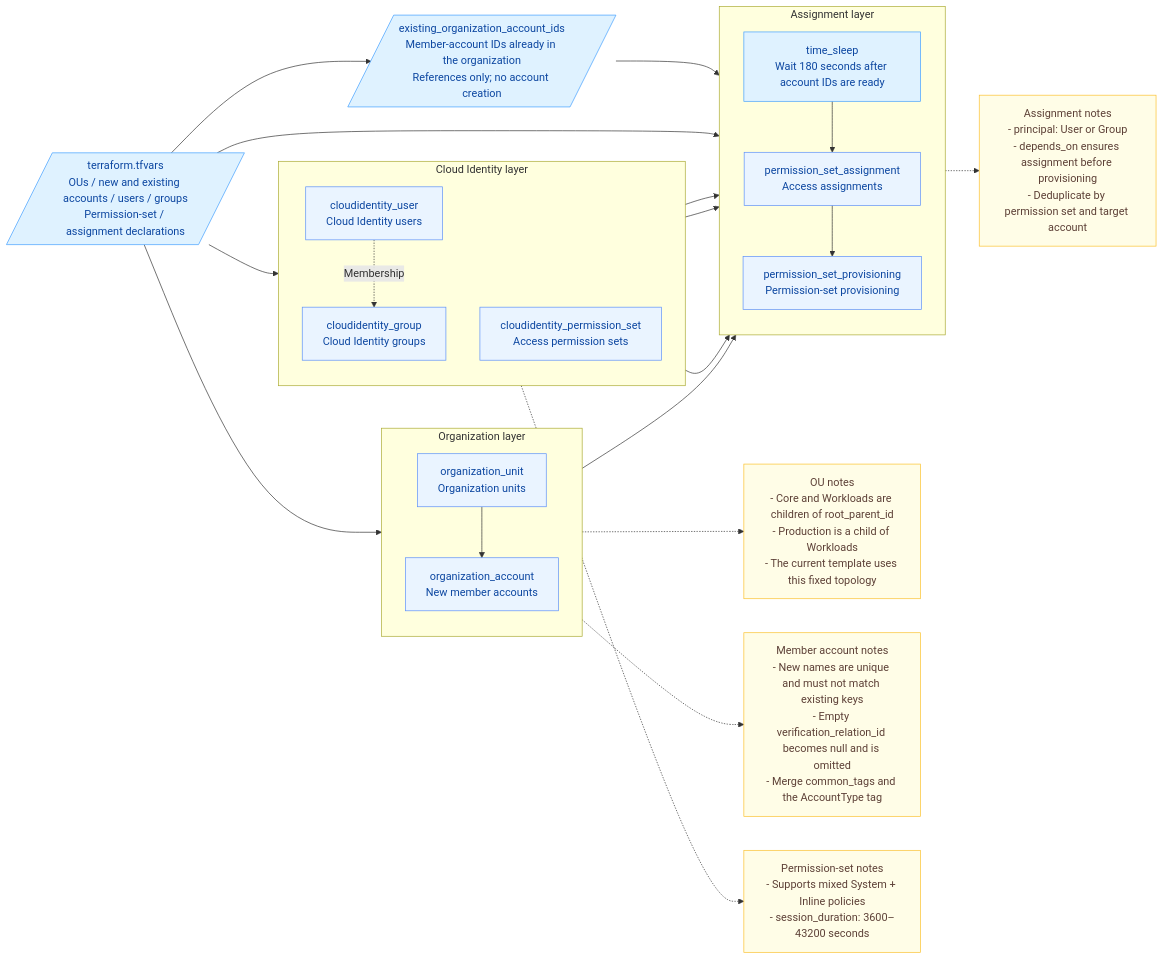
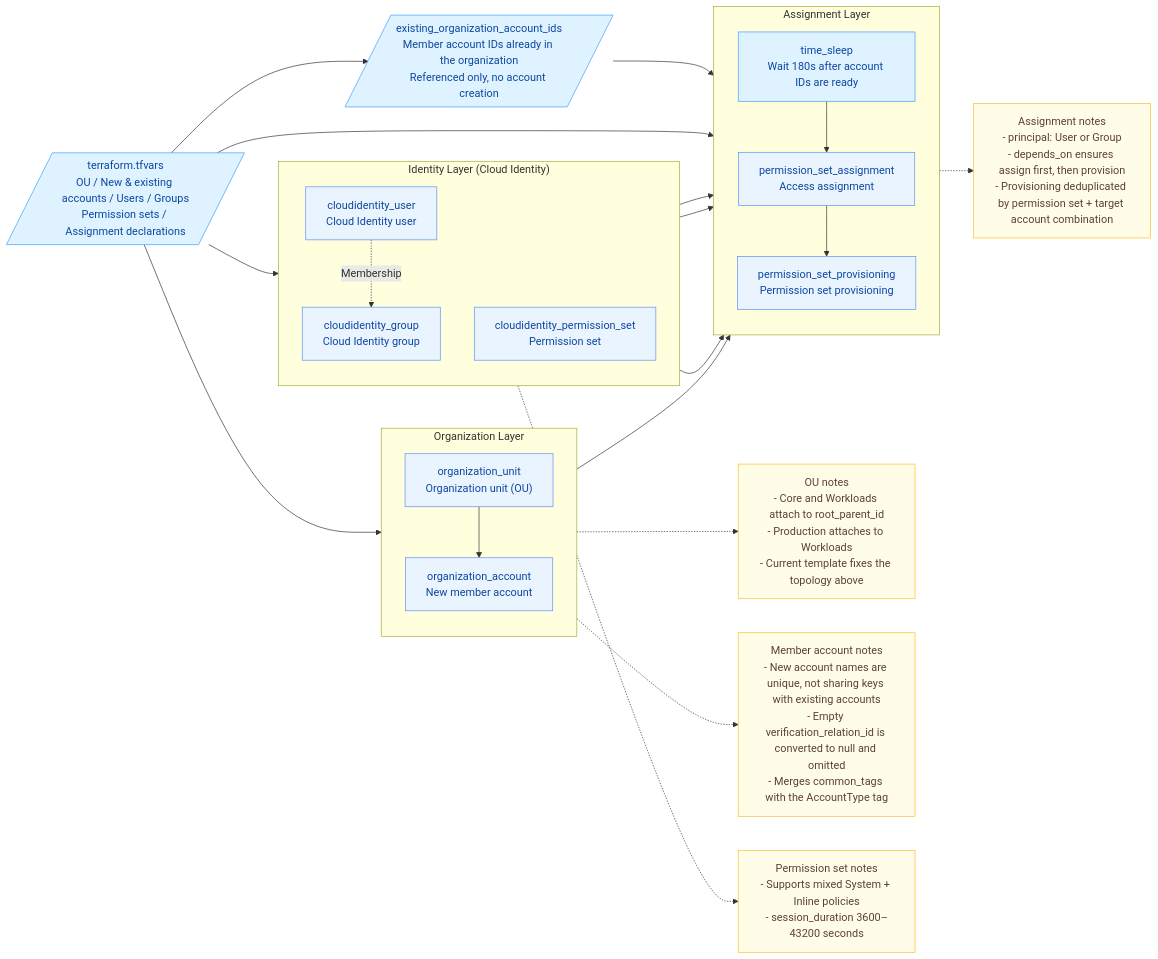
One commit to terraform-volcenginecc-modules/terraform-volcenginecc-multi-account-architecture changed the diagram in README.md. Above: the diagram before and after it, drawn with Mermaid. The commit also changed other lines of this file and 1 other file, not shown here.

````diff
--- a/README.md
+++ b/README.md
@@ -17,52 +21,52 @@
-~~~mermaid
+```mermaid
 flowchart LR
     classDef main fill:#EAF4FF,stroke:#5B8FF9,color:#0D47A1;
     classDef tcc fill:#DFF2FF,stroke:#409EFF,color:#0D47A1;
     classDef note fill:#FFFDE7,stroke:#FBC02D,color:#5D4037;
 
-    Vars[/"terraform.tfvars<br/>OUs / new and existing accounts / users / groups<br/>Permission-set / assignment declarations"/]:::tcc
-    EXISTING[/"existing_organization_account_ids<br/>Member-account IDs already in the organization<br/>References only; no account creation"/]:::tcc
+    Vars[/"terraform.tfvars<br/>OU / New & existing accounts / Users / Groups<br/>Permission sets / Assignment declarations"/]:::tcc
+    EXISTING[/"existing_organization_account_ids<br/>Member account IDs already in the organization<br/>Referenced only, no account creation"/]:::tcc
 
-    subgraph Org["Organization layer"]
+    subgraph Org["Organization Layer"]
         direction TB
-        OU["organization_unit<br/>Organization units"]:::main
-        ACC["organization_account<br/>New member accounts"]:::main
+        OU["organization_unit<br/>Organization unit (OU)"]:::main
+        ACC["organization_account<br/>New member account"]:::main
         OU --> ACC
     end
 
-    subgraph Identity["Cloud Identity layer"]
+    subgraph Identity["Identity Layer (Cloud Identity)"]
         direction TB
-        USER["cloudidentity_user<br/>Cloud Identity users"]:::main
-        GRP["cloudidentity_group<br/>Cloud Identity groups"]:::main
-        PS["cloudidentity_permission_set<br/>Access permission sets"]:::main
+        USER["cloudidentity_user<br/>Cloud Identity user"]:::main
+        GRP["cloudidentity_group<br/>Cloud Identity group"]:::main
+        PS["cloudidentity_permission_set<br/>Permission set"]:::main
         USER -.->|Membership| GRP
     end
 
-    subgraph Assign["Assignment layer"]
+    subgraph Assign["Assignment Layer"]
         direction TB
-        WAIT["time_sleep<br/>Wait 180 seconds after account IDs are ready"]:::tcc
-        ASN["permission_set_assignment<br/>Access assignments"]:::main
-        PROV["permission_set_provisioning<br/>Permission-set provisioning"]:::main
+        WAIT["time_sleep<br/>Wait 180s after account IDs are ready"]:::tcc
+        ASN["permission_set_assignment<br/>Access assignment"]:::main
+        PROV["permission_set_provisioning<br/>Permission set provisioning"]:::main
         WAIT --> ASN --> PROV
     end
 
     Vars --> Org
     Vars --> Identity
     Vars --> Assign
     Vars --> EXISTING
     GRP --> ASN
     USER --> ASN
     PS --> ASN
     ACC --> WAIT
     EXISTING --> WAIT
 
-    NoteOU["OU notes<br/>- Core and Workloads are children of root_parent_id<br/>- Production is a child of Workloads<br/>- The current template uses this fixed topology"]:::note
-    NoteACC["Member account notes<br/>- New names are unique and must not match existing keys<br/>- Empty verification_relation_id becomes null and is omitted<br/>- Merge common_tags and the AccountType tag"]:::note
-    NotePS["Permission-set notes<br/>- Supports mixed System + Inline policies<br/>- session_duration: 3600–43200 seconds"]:::note
-    NoteASN["Assignment notes<br/>- principal: User or Group<br/>- depends_on ensures assignment before provisioning<br/>- Deduplicate by permission set and target account"]:::note
+    NoteOU["OU notes<br/>- Core and Workloads attach to root_parent_id<br/>- Production attaches to Workloads<br/>- Current template fixes the topology above"]:::note
+    NoteACC["Member account notes<br/>- New account names are unique, not sharing keys with existing accounts<br/>- Empty verification_relation_id is converted to null and omitted<br/>- Merges common_tags with the AccountType tag"]:::note
+    NotePS["Permission set notes<br/>- Supports mixed System + Inline policies<br/>- session_duration 3600–43200 seconds"]:::note
+    NoteASN["Assignment notes<br/>- principal: User or Group<br/>- depends_on ensures assign first, then provision<br/>- Provisioning deduplicated by permission set + target account combination"]:::note
 
     OU -.-> NoteOU
     ACC -.-> NoteACC
     PS -.-> NotePS
     PROV -.-> NoteASN
-~~~
+```
````
